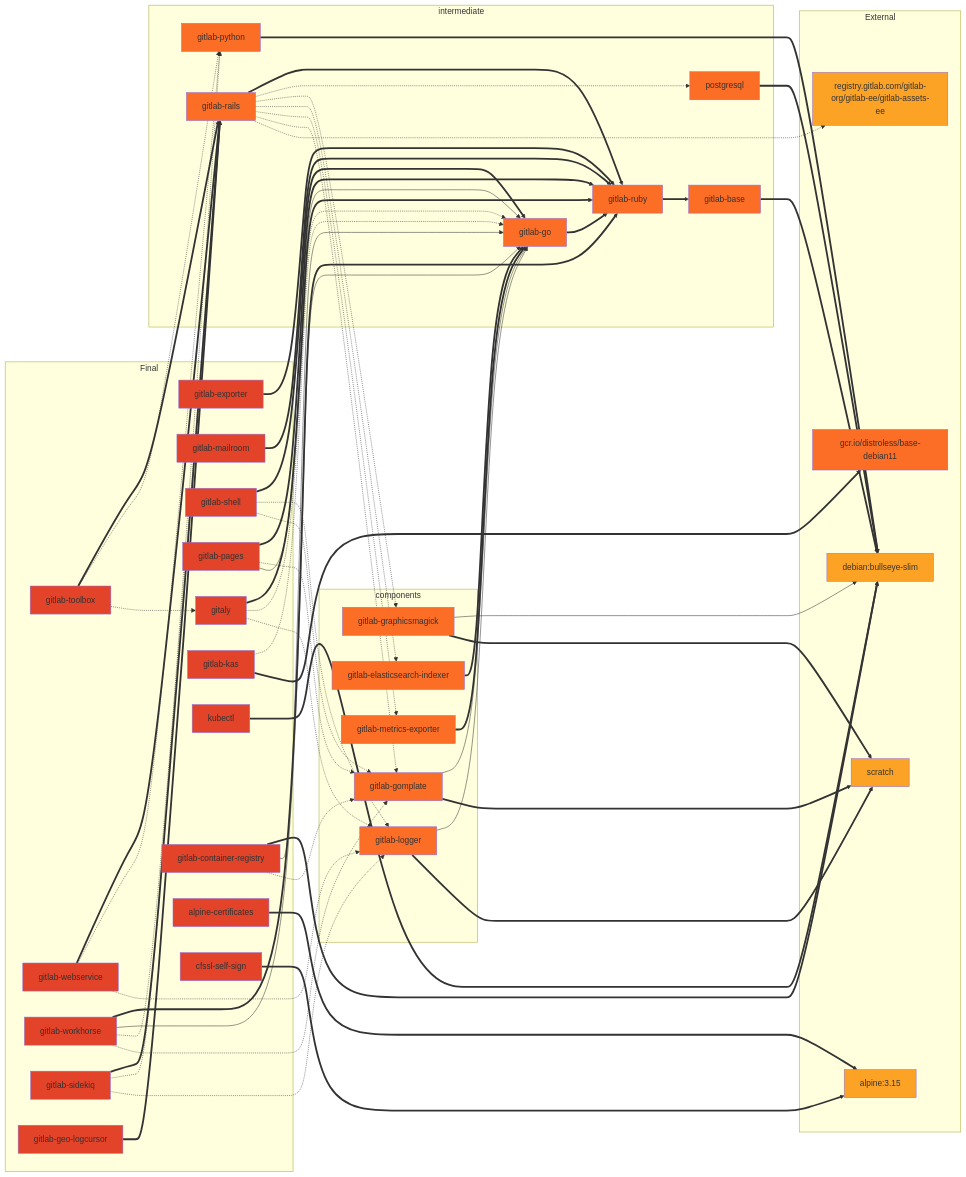
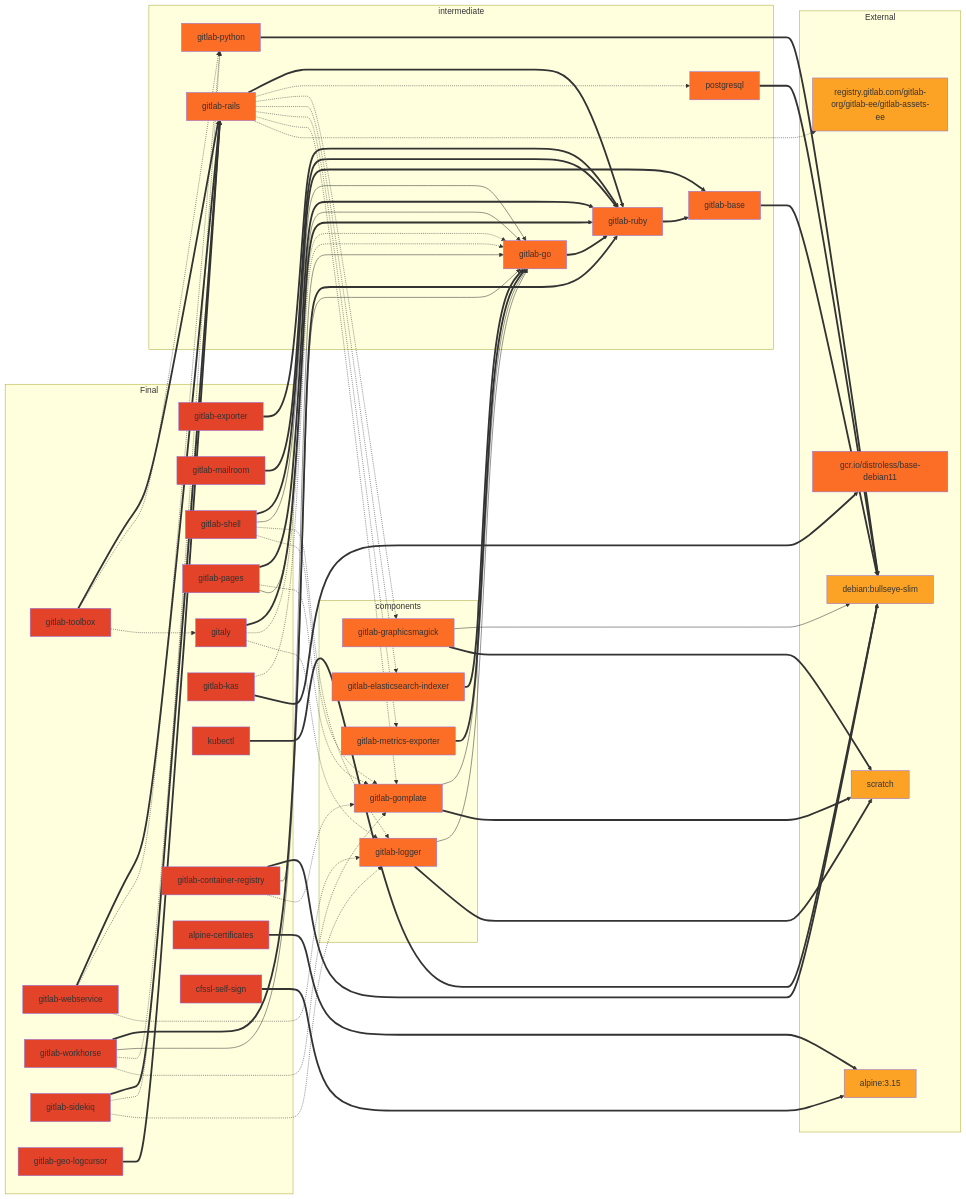
Before and after one commit to tachyons/gitlab-pages: the second of 2 diagrams in docs/build.md, drawn with Mermaid. The commit also changed other lines of this file and 7 other files, not shown here.

Commit message:
Remove Ruby and other excess content from gitlab-shell image

```diff
--- a/docs/build.md
+++ b/docs/build.md
@@ -338,7 +337,8 @@
 
   gitlab-mailroom==>gitlab-ruby;
 
-  gitlab-shell==>gitlab-go;
+  gitlab-shell==>gitlab-base;
+  gitlab-shell-->gitlab-go;
   gitlab-shell-.->gitlab-logger;
   gitlab-shell-.->gitlab-gomplate;
 
```
